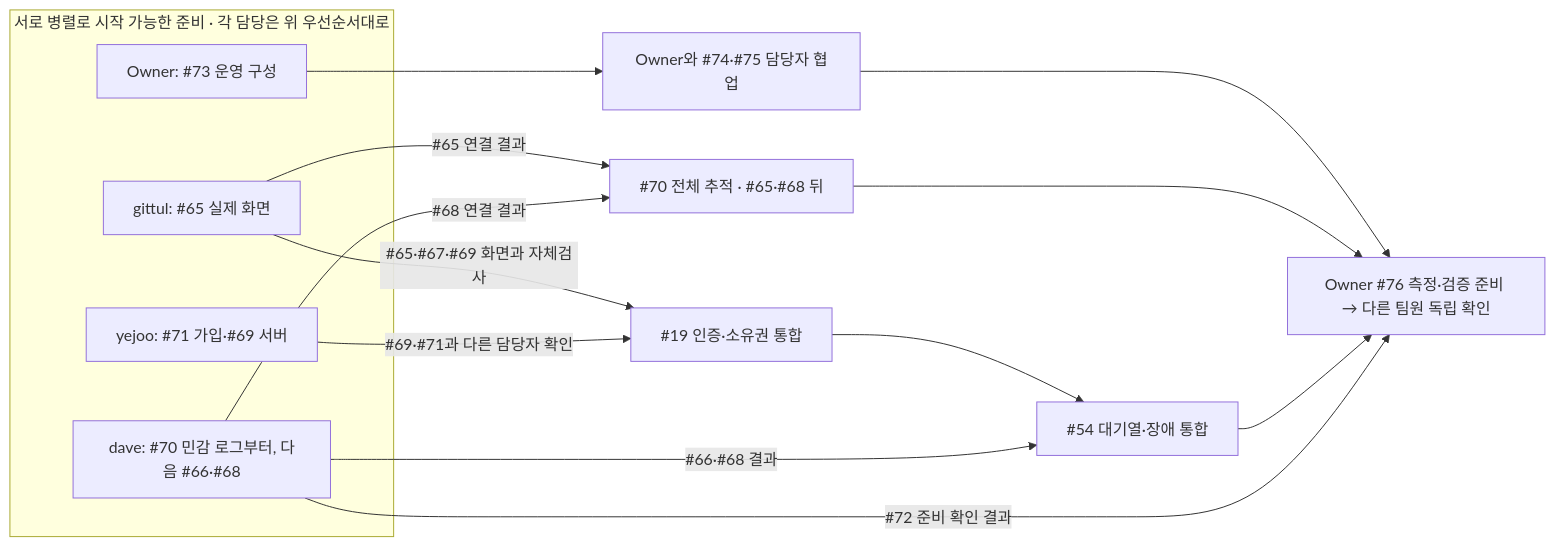
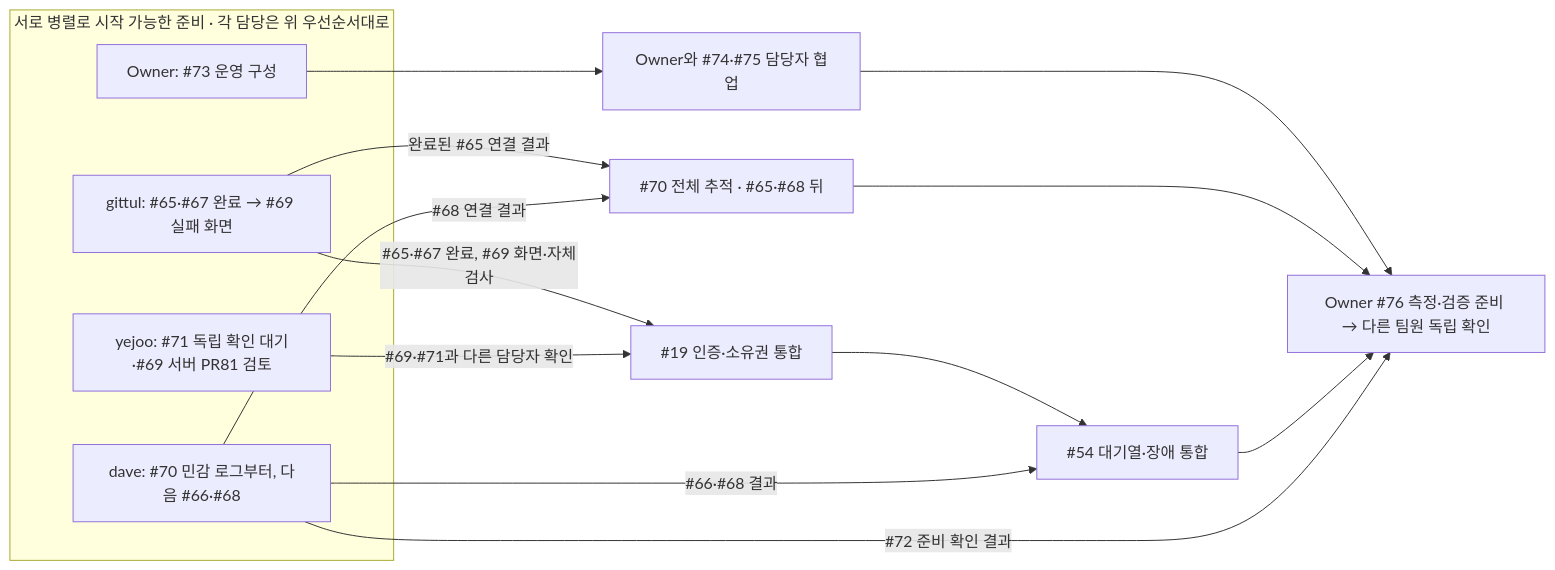
One commit to next-stop-siren/Next-Stop-Siren changed the first of 5 diagrams in docs/02-team/development-flow.md. Above: the diagram before and after it, drawn with Mermaid. The commit also changed other lines of this file and 8 other files, not shown here.

````diff
--- a/docs/02-team/development-flow.md
+++ b/docs/02-team/development-flow.md
@@ -29,20 +29,20 @@
 ```mermaid
 flowchart LR
   subgraph PAR["서로 병렬로 시작 가능한 준비 · 각 담당은 위 우선순서대로"]
-    F["gittul: #65 실제 화면"]
+    F["gittul: #65·#67 완료 → #69 실패 화면"]
     B["dave: #70 민감 로그부터, 다음 #66·#68"]
-    A["yejoo: #71 가입·#69 서버"]
+    A["yejoo: #71 독립 확인 대기·#69 서버 PR81 검토"]
     O["Owner: #73 운영 구성"]
   end
-  F -->|"#65·#67·#69 화면과 자체검사"| Q19["#19 인증·소유권 통합"]
+  F -->|"#65·#67 완료, #69 화면·자체검사"| Q19["#19 인증·소유권 통합"]
   A -->|"#69·#71과 다른 담당자 확인"| Q19
   Q19 --> Q54["#54 대기열·장애 통합"]
   B -->|"#66·#68 결과"| Q54
-  F -->|"#65 연결 결과"| TRACE["#70 전체 추적 · #65·#68 뒤"]
+  F -->|"완료된 #65 연결 결과"| TRACE["#70 전체 추적 · #65·#68 뒤"]
   B -->|"#68 연결 결과"| TRACE
   O --> OPS["Owner와 #74·#75 담당자 협업"]
   OPS --> FINAL["Owner #76 측정·검증 준비 → 다른 팀원 독립 확인"]
   TRACE --> FINAL
   Q54 --> FINAL
   B -->|"#72 준비 확인 결과"| FINAL
 ```
````
